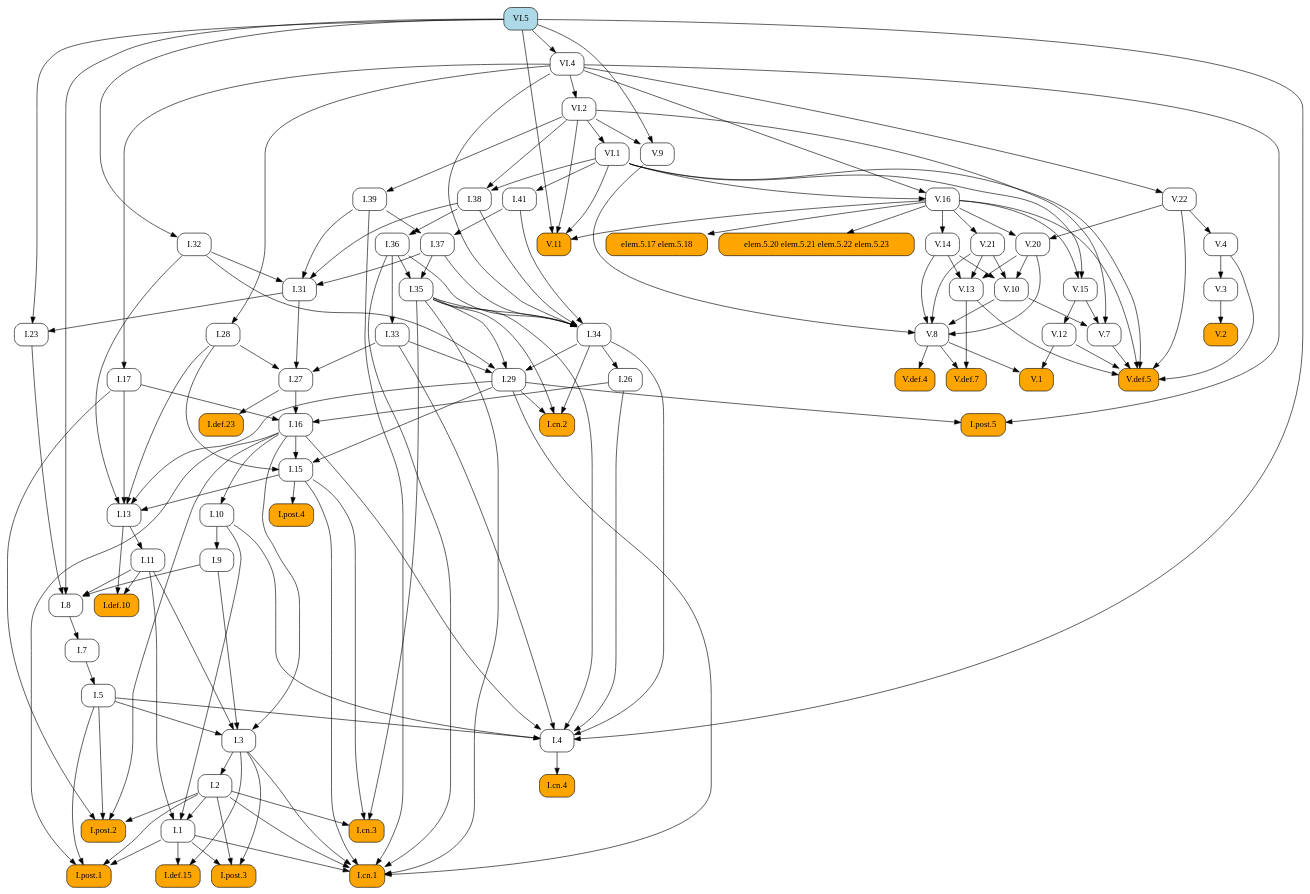
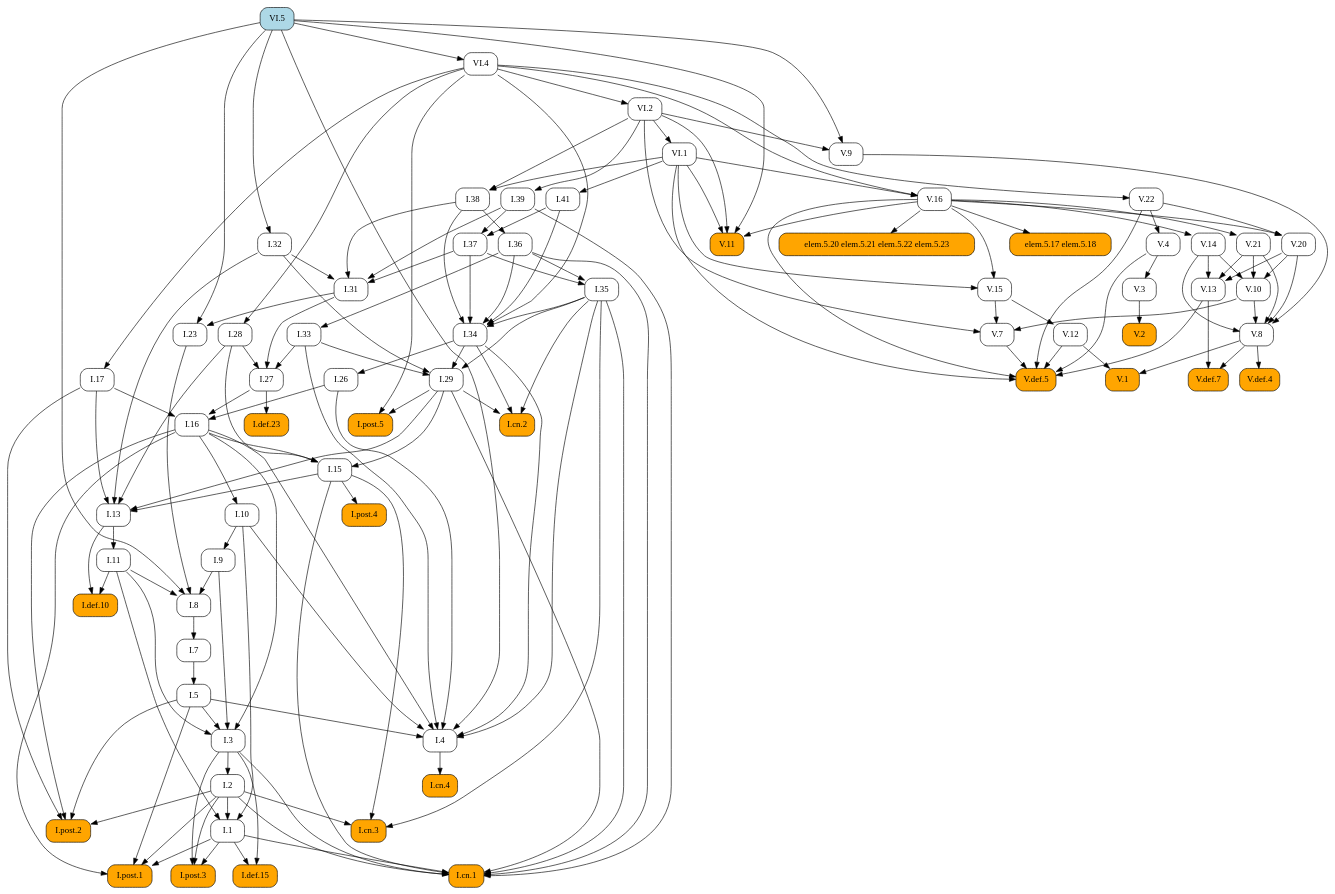
One commit to geometor/elements changed the diagram in docsrc/elements2/VI/5/index.rst. Above: the diagram before and after it, drawn with Graphviz. The commit also changed other lines of this file and 171 other files, not shown here.

```diff
--- a/docsrc/elements2/VI/5/index.rst
+++ b/docsrc/elements2/VI/5/index.rst
@@ -116,154 +116,80 @@
    digraph {
      rankdir="TB";
      node [shape=box, style=rounded];
+     "I.8" [URL="/elements2/I/8/", target="_top"];
+     "V.20" [URL="/elements2/V/20/", target="_top"];
+     "I.36" [URL="/elements2/I/36/", target="_top"];
+     "V.def.5" [style="rounded,filled", fillcolor=orange, URL="/elements2/V/def.5/", target="_top"];
+     "I.38" [URL="/elements2/I/38/", target="_top"];
+     "I.post.5" [style="rounded,filled", fillcolor=orange, URL="/elements2/I/post.5/", target="_top"];
+     "I.def.10" [style="rounded,filled", fillcolor=orange, URL="/elements2/I/def.10/", target="_top"];
+     "I.cn.2" [style="rounded,filled", fillcolor=orange, URL="/elements2/I/cn.2/", target="_top"];
+     "I.31" [URL="/elements2/I/31/", target="_top"];
+     "I.post.2" [style="rounded,filled", fillcolor=orange, URL="/elements2/I/post.2/", target="_top"];
+     "I.def.23" [style="rounded,filled", fillcolor=orange, URL="/elements2/I/def.23/", target="_top"];
+     "I.26" [URL="/elements2/I/26/", target="_top"];
+     "V.3" [URL="/elements2/V/3/", target="_top"];
+     "I.cn.3" [style="rounded,filled", fillcolor=orange, URL="/elements2/I/cn.3/", target="_top"];
+     "V.2" [style="rounded,filled", fillcolor=orange, URL="/elements2/V/2/", target="_top"];
+     "V.12" [URL="/elements2/V/12/", target="_top"];
+     "V.22" [URL="/elements2/V/22/", target="_top"];
+     "I.41" [URL="/elements2/I/41/", target="_top"];
+     "I.35" [URL="/elements2/I/35/", target="_top"];
+     "I.28" [URL="/elements2/I/28/", target="_top"];
+     "I.27" [URL="/elements2/I/27/", target="_top"];
+     "I.4" [URL="/elements2/I/4/", target="_top"];
+     "V.8" [URL="/elements2/V/8/", target="_top"];
+     "VI.2" [URL="/elements2/VI/2/", target="_top"];
+     "I.39" [URL="/elements2/I/39/", target="_top"];
+     "I.15" [URL="/elements2/I/15/", target="_top"];
+     "I.34" [URL="/elements2/I/34/", target="_top"];
+     "I.post.3" [style="rounded,filled", fillcolor=orange, URL="/elements2/I/post.3/", target="_top"];
+     "I.32" [URL="/elements2/I/32/", target="_top"];
+     "VI.5" [style="rounded,filled", fillcolor=lightblue, URL="/elements2/VI/5/", target="_top"];
+     "V.def.4" [style="rounded,filled", fillcolor=orange, URL="/elements2/V/def.4/", target="_top"];
+     "I.post.1" [style="rounded,filled", fillcolor=orange, URL="/elements2/I/post.1/", target="_top"];
+     "I.33" [URL="/elements2/I/33/", target="_top"];
+     "I.5" [URL="/elements2/I/5/", target="_top"];
      "elem.5.17 elem.5.18" [style="rounded,filled", fillcolor=orange];
-     "V.7" [URL="/elements2/V/7/", target="_top"];
-     "VI.5" [style="rounded,filled", fillcolor=lightblue, URL="/elements2/VI/5/", target="_top"];
-     "I.32" [URL="/elements2/I/32/", target="_top"];
-     "VI.4" [URL="/elements2/VI/4/", target="_top"];
-     "I.cn.4" [style="rounded,filled", fillcolor=orange, URL="/elements2/I/cn.4/", target="_top"];
-     "I.post.3" [style="rounded,filled", fillcolor=orange, URL="/elements2/I/post.3/", target="_top"];
-     "V.22" [URL="/elements2/V/22/", target="_top"];
-     "V.def.7" [style="rounded,filled", fillcolor=orange, URL="/elements2/V/def.7/", target="_top"];
-     "I.41" [URL="/elements2/I/41/", target="_top"];
-     "I.27" [URL="/elements2/I/27/", target="_top"];
-     "I.post.2" [style="rounded,filled", fillcolor=orange, URL="/elements2/I/post.2/", target="_top"];
-     "I.13" [URL="/elements2/I/13/", target="_top"];
-     "I.10" [URL="/elements2/I/10/", target="_top"];
-     "I.post.1" [style="rounded,filled", fillcolor=orange, URL="/elements2/I/post.1/", target="_top"];
-     "I.7" [URL="/elements2/I/7/", target="_top"];
+     "VI.1" [URL="/elements2/VI/1/", target="_top"];
+     "V.11" [style="rounded,filled", fillcolor=orange, URL="/elements2/V/11/", target="_top"];
      "V.13" [URL="/elements2/V/13/", target="_top"];
+     "V.9" [URL="/elements2/V/9/", target="_top"];
      "V.16" [URL="/elements2/V/16/", target="_top"];
-     "V.1" [style="rounded,filled", fillcolor=orange, URL="/elements2/V/1/", target="_top"];
-     "V.8" [URL="/elements2/V/8/", target="_top"];
-     "elem.5.20 elem.5.21 elem.5.22 elem.5.23" [style="rounded,filled", fillcolor=orange];
-     "I.9" [URL="/elements2/I/9/", target="_top"];
-     "I.8" [URL="/elements2/I/8/", target="_top"];
-     "I.38" [URL="/elements2/I/38/", target="_top"];
-     "I.23" [URL="/elements2/I/23/", target="_top"];
-     "I.15" [URL="/elements2/I/15/", target="_top"];
-     "I.26" [URL="/elements2/I/26/", target="_top"];
-     "V.4" [URL="/elements2/V/4/", target="_top"];
-     "VI.1" [URL="/elements2/VI/1/", target="_top"];
-     "I.1" [URL="/elements2/I/1/", target="_top"];
-     "I.3" [URL="/elements2/I/3/", target="_top"];
-     "I.cn.3" [style="rounded,filled", fillcolor=orange, URL="/elements2/I/cn.3/", target="_top"];
-     "I.17" [URL="/elements2/I/17/", target="_top"];
-     "I.37" [URL="/elements2/I/37/", target="_top"];
-     "I.def.10" [style="rounded,filled", fillcolor=orange, URL="/elements2/I/def.10/", target="_top"];
-     "I.34" [URL="/elements2/I/34/", target="_top"];
-     "V.def.5" [style="rounded,filled", fillcolor=orange, URL="/elements2/V/def.5/", target="_top"];
      "I.def.15" [style="rounded,filled", fillcolor=orange, URL="/elements2/I/def.15/", target="_top"];
-     "I.28" [URL="/elements2/I/28/", target="_top"];
-     "I.36" [URL="/elements2/I/36/", target="_top"];
-     "V.10" [URL="/elements2/V/10/", target="_top"];
-     "V.14" [URL="/elements2/V/14/", target="_top"];
      "V.15" [URL="/elements2/V/15/", target="_top"];
      "I.11" [URL="/elements2/I/11/", target="_top"];
-     "I.4" [URL="/elements2/I/4/", target="_top"];
+     "I.3" [URL="/elements2/I/3/", target="_top"];
+     "V.14" [URL="/elements2/V/14/", target="_top"];
+     "VI.4" [URL="/elements2/VI/4/", target="_top"];
+     "V.10" [URL="/elements2/V/10/", target="_top"];
+     "I.1" [URL="/elements2/I/1/", target="_top"];
+     "I.cn.4" [style="rounded,filled", fillcolor=orange, URL="/elements2/I/cn.4/", target="_top"];
+     "I.23" [URL="/elements2/I/23/", target="_top"];
+     "I.7" [URL="/elements2/I/7/", target="_top"];
+     "I.17" [URL="/elements2/I/17/", target="_top"];
+     "I.9" [URL="/elements2/I/9/", target="_top"];
+     "V.1" [style="rounded,filled", fillcolor=orange, URL="/elements2/V/1/", target="_top"];
+     "I.cn.1" [style="rounded,filled", fillcolor=orange, URL="/elements2/I/cn.1/", target="_top"];
+     "I.29" [URL="/elements2/I/29/", target="_top"];
      "I.16" [URL="/elements2/I/16/", target="_top"];
      "V.21" [URL="/elements2/V/21/", target="_top"];
-     "I.def.23" [style="rounded,filled", fillcolor=orange, URL="/elements2/I/def.23/", target="_top"];
+     "I.13" [URL="/elements2/I/13/", target="_top"];
+     "elem.5.20 elem.5.21 elem.5.22 elem.5.23" [style="rounded,filled", fillcolor=orange];
+     "V.7" [URL="/elements2/V/7/", target="_top"];
+     "I.post.4" [style="rounded,filled", fillcolor=orange, URL="/elements2/I/post.4/", target="_top"];
      "I.2" [URL="/elements2/I/2/", target="_top"];
-     "I.cn.2" [style="rounded,filled", fillcolor=orange, URL="/elements2/I/cn.2/", target="_top"];
-     "I.post.5" [style="rounded,filled", fillcolor=orange, URL="/elements2/I/post.5/", target="_top"];
-     "VI.2" [URL="/elements2/VI/2/", target="_top"];
-     "V.3" [URL="/elements2/V/3/", target="_top"];
-     "V.def.4" [style="rounded,filled", fillcolor=orange, URL="/elements2/V/def.4/", target="_top"];
-     "I.35" [URL="/elements2/I/35/", target="_top"];
-     "V.11" [style="rounded,filled", fillcolor=orange, URL="/elements2/V/11/", target="_top"];
-     "V.2" [style="rounded,filled", fillcolor=orange, URL="/elements2/V/2/", target="_top"];
-     "I.31" [URL="/elements2/I/31/", target="_top"];
-     "I.33" [URL="/elements2/I/33/", target="_top"];
-     "I.post.4" [style="rounded,filled", fillcolor=orange, URL="/elements2/I/post.4/", target="_top"];
-     "I.39" [URL="/elements2/I/39/", target="_top"];
-     "I.cn.1" [style="rounded,filled", fillcolor=orange, URL="/elements2/I/cn.1/", target="_top"];
-     "V.9" [URL="/elements2/V/9/", target="_top"];
-     "I.29" [URL="/elements2/I/29/", target="_top"];
-     "I.5" [URL="/elements2/I/5/", target="_top"];
-     "V.12" [URL="/elements2/V/12/", target="_top"];
-     "V.20" [URL="/elements2/V/20/", target="_top"];
-     "V.16" -> "elem.5.17 elem.5.18";
-     "V.10" -> "V.7";
-     "V.15" -> "V.7";
-     "VI.2" -> "V.7";
-     "VI.5" -> "I.32";
-     "VI.5" -> "VI.4";
-     "I.4" -> "I.cn.4";
-     "I.1" -> "I.post.3";
-     "I.2" -> "I.post.3";
-     "I.3" -> "I.post.3";
-     "VI.4" -> "V.22";
-     "V.8" -> "V.def.7";
-     "V.13" -> "V.def.7";
-     "VI.1" -> "I.41";
-     "I.28" -> "I.27";
-     "I.31" -> "I.27";
-     "I.33" -> "I.27";
-     "I.2" -> "I.post.2";
-     "I.5" -> "I.post.2";
-     "I.16" -> "I.post.2";
-     "I.17" -> "I.post.2";
-     "I.15" -> "I.13";
-     "I.17" -> "I.13";
-     "I.28" -> "I.13";
-     "I.29" -> "I.13";
-     "I.32" -> "I.13";
-     "I.16" -> "I.10";
-     "I.1" -> "I.post.1";
-     "I.2" -> "I.post.1";
-     "I.5" -> "I.post.1";
-     "I.16" -> "I.post.1";
-     "I.8" -> "I.7";
-     "V.14" -> "V.13";
-     "V.20" -> "V.13";
-     "V.21" -> "V.13";
-     "VI.1" -> "V.16";
-     "VI.4" -> "V.16";
-     "V.8" -> "V.1";
-     "V.12" -> "V.1";
-     "V.9" -> "V.8";
-     "V.10" -> "V.8";
-     "V.14" -> "V.8";
-     "V.20" -> "V.8";
-     "V.21" -> "V.8";
-     "V.16" -> "elem.5.20 elem.5.21 elem.5.22 elem.5.23";
-     "I.10" -> "I.9";
+     "I.37" [URL="/elements2/I/37/", target="_top"];
+     "I.10" [URL="/elements2/I/10/", target="_top"];
+     "V.def.7" [style="rounded,filled", fillcolor=orange, URL="/elements2/V/def.7/", target="_top"];
+     "V.4" [URL="/elements2/V/4/", target="_top"];
      "I.9" -> "I.8";
      "I.11" -> "I.8";
      "I.23" -> "I.8";
      "VI.5" -> "I.8";
-     "VI.1" -> "I.38";
-     "VI.2" -> "I.38";
-     "I.31" -> "I.23";
-     "VI.5" -> "I.23";
-     "I.16" -> "I.15";
-     "I.28" -> "I.15";
-     "I.29" -> "I.15";
-     "I.34" -> "I.26";
-     "V.22" -> "V.4";
-     "VI.2" -> "VI.1";
-     "I.2" -> "I.1";
-     "I.10" -> "I.1";
-     "I.11" -> "I.1";
-     "I.5" -> "I.3";
-     "I.9" -> "I.3";
-     "I.11" -> "I.3";
-     "I.16" -> "I.3";
-     "I.2" -> "I.cn.3";
-     "I.15" -> "I.cn.3";
-     "I.35" -> "I.cn.3";
-     "VI.4" -> "I.17";
-     "I.39" -> "I.37";
-     "I.41" -> "I.37";
-     "I.11" -> "I.def.10";
-     "I.13" -> "I.def.10";
-     "I.35" -> "I.34";
-     "I.36" -> "I.34";
-     "I.37" -> "I.34";
-     "I.38" -> "I.34";
-     "I.41" -> "I.34";
-     "VI.4" -> "I.34";
+     "V.16" -> "V.20";
+     "V.22" -> "V.20";
+     "I.38" -> "I.36";
      "V.4" -> "V.def.5";
      "V.7" -> "V.def.5";
      "V.12" -> "V.def.5";
@@ -271,17 +197,39 @@
      "V.16" -> "V.def.5";
      "V.22" -> "V.def.5";
      "VI.1" -> "V.def.5";
-     "I.1" -> "I.def.15";
-     "I.3" -> "I.def.15";
+     "VI.1" -> "I.38";
+     "VI.2" -> "I.38";
+     "I.29" -> "I.post.5";
+     "VI.4" -> "I.post.5";
+     "I.11" -> "I.def.10";
+     "I.13" -> "I.def.10";
+     "I.29" -> "I.cn.2";
+     "I.34" -> "I.cn.2";
+     "I.35" -> "I.cn.2";
+     "I.32" -> "I.31";
+     "I.37" -> "I.31";
+     "I.38" -> "I.31";
+     "I.39" -> "I.31";
+     "I.2" -> "I.post.2";
+     "I.5" -> "I.post.2";
+     "I.16" -> "I.post.2";
+     "I.17" -> "I.post.2";
+     "I.27" -> "I.def.23";
+     "I.34" -> "I.26";
+     "V.4" -> "V.3";
+     "I.2" -> "I.cn.3";
+     "I.15" -> "I.cn.3";
+     "I.35" -> "I.cn.3";
+     "V.3" -> "V.2";
+     "V.15" -> "V.12";
+     "VI.4" -> "V.22";
+     "VI.1" -> "I.41";
+     "I.36" -> "I.35";
+     "I.37" -> "I.35";
      "VI.4" -> "I.28";
-     "I.38" -> "I.36";
-     "V.14" -> "V.10";
-     "V.20" -> "V.10";
-     "V.21" -> "V.10";
-     "V.16" -> "V.14";
-     "V.16" -> "V.15";
-     "VI.1" -> "V.15";
-     "I.13" -> "I.11";
+     "I.28" -> "I.27";
+     "I.31" -> "I.27";
+     "I.33" -> "I.27";
      "I.5" -> "I.4";
      "I.10" -> "I.4";
      "I.16" -> "I.4";
@@ -290,34 +238,71 @@
      "I.34" -> "I.4";
      "I.35" -> "I.4";
      "VI.5" -> "I.4";
-     "I.17" -> "I.16";
-     "I.26" -> "I.16";
-     "I.27" -> "I.16";
-     "V.16" -> "V.21";
-     "I.27" -> "I.def.23";
-     "I.3" -> "I.2";
-     "I.29" -> "I.cn.2";
-     "I.34" -> "I.cn.2";
-     "I.35" -> "I.cn.2";
-     "I.29" -> "I.post.5";
-     "VI.4" -> "I.post.5";
+     "V.9" -> "V.8";
+     "V.10" -> "V.8";
+     "V.14" -> "V.8";
+     "V.20" -> "V.8";
+     "V.21" -> "V.8";
      "VI.4" -> "VI.2";
-     "V.4" -> "V.3";
+     "VI.2" -> "I.39";
+     "I.16" -> "I.15";
+     "I.28" -> "I.15";
+     "I.29" -> "I.15";
+     "I.35" -> "I.34";
+     "I.36" -> "I.34";
+     "I.37" -> "I.34";
+     "I.38" -> "I.34";
+     "I.41" -> "I.34";
+     "VI.4" -> "I.34";
+     "I.1" -> "I.post.3";
+     "I.2" -> "I.post.3";
+     "I.3" -> "I.post.3";
+     "VI.5" -> "I.32";
      "V.8" -> "V.def.4";
-     "I.36" -> "I.35";
-     "I.37" -> "I.35";
+     "I.1" -> "I.post.1";
+     "I.2" -> "I.post.1";
+     "I.5" -> "I.post.1";
+     "I.16" -> "I.post.1";
+     "I.36" -> "I.33";
+     "I.7" -> "I.5";
+     "V.16" -> "elem.5.17 elem.5.18";
+     "VI.2" -> "VI.1";
      "V.16" -> "V.11";
      "VI.1" -> "V.11";
      "VI.2" -> "V.11";
      "VI.5" -> "V.11";
-     "V.3" -> "V.2";
-     "I.32" -> "I.31";
-     "I.37" -> "I.31";
-     "I.38" -> "I.31";
-     "I.39" -> "I.31";
-     "I.36" -> "I.33";
-     "I.15" -> "I.post.4";
-     "VI.2" -> "I.39";
+     "V.14" -> "V.13";
+     "V.20" -> "V.13";
+     "V.21" -> "V.13";
+     "VI.2" -> "V.9";
+     "VI.5" -> "V.9";
+     "VI.1" -> "V.16";
+     "VI.4" -> "V.16";
+     "I.1" -> "I.def.15";
+     "I.3" -> "I.def.15";
+     "V.16" -> "V.15";
+     "VI.1" -> "V.15";
+     "I.13" -> "I.11";
+     "I.5" -> "I.3";
+     "I.9" -> "I.3";
+     "I.11" -> "I.3";
+     "I.16" -> "I.3";
+     "V.16" -> "V.14";
+     "VI.5" -> "VI.4";
+     "V.14" -> "V.10";
+     "V.20" -> "V.10";
+     "V.21" -> "V.10";
+     "I.2" -> "I.1";
+     "I.10" -> "I.1";
+     "I.11" -> "I.1";
+     "I.4" -> "I.cn.4";
+     "I.31" -> "I.23";
+     "VI.5" -> "I.23";
+     "I.8" -> "I.7";
+     "VI.4" -> "I.17";
+     "I.10" -> "I.9";
+     "V.8" -> "V.1";
+     "V.12" -> "V.1";
      "I.1" -> "I.cn.1";
      "I.2" -> "I.cn.1";
      "I.3" -> "I.cn.1";
@@ -326,14 +311,29 @@
      "I.35" -> "I.cn.1";
      "I.36" -> "I.cn.1";
      "I.39" -> "I.cn.1";
-     "VI.2" -> "V.9";
-     "VI.5" -> "V.9";
      "I.32" -> "I.29";
      "I.33" -> "I.29";
      "I.34" -> "I.29";
      "I.35" -> "I.29";
-     "I.7" -> "I.5";
-     "V.15" -> "V.12";
-     "V.16" -> "V.20";
-     "V.22" -> "V.20";
+     "I.17" -> "I.16";
+     "I.26" -> "I.16";
+     "I.27" -> "I.16";
+     "V.16" -> "V.21";
+     "I.15" -> "I.13";
+     "I.17" -> "I.13";
+     "I.28" -> "I.13";
+     "I.29" -> "I.13";
+     "I.32" -> "I.13";
+     "V.16" -> "elem.5.20 elem.5.21 elem.5.22 elem.5.23";
+     "V.10" -> "V.7";
+     "V.15" -> "V.7";
+     "VI.2" -> "V.7";
+     "I.15" -> "I.post.4";
+     "I.3" -> "I.2";
+     "I.39" -> "I.37";
+     "I.41" -> "I.37";
+     "I.16" -> "I.10";
+     "V.8" -> "V.def.7";
+     "V.13" -> "V.def.7";
+     "V.22" -> "V.4";
    }
```
